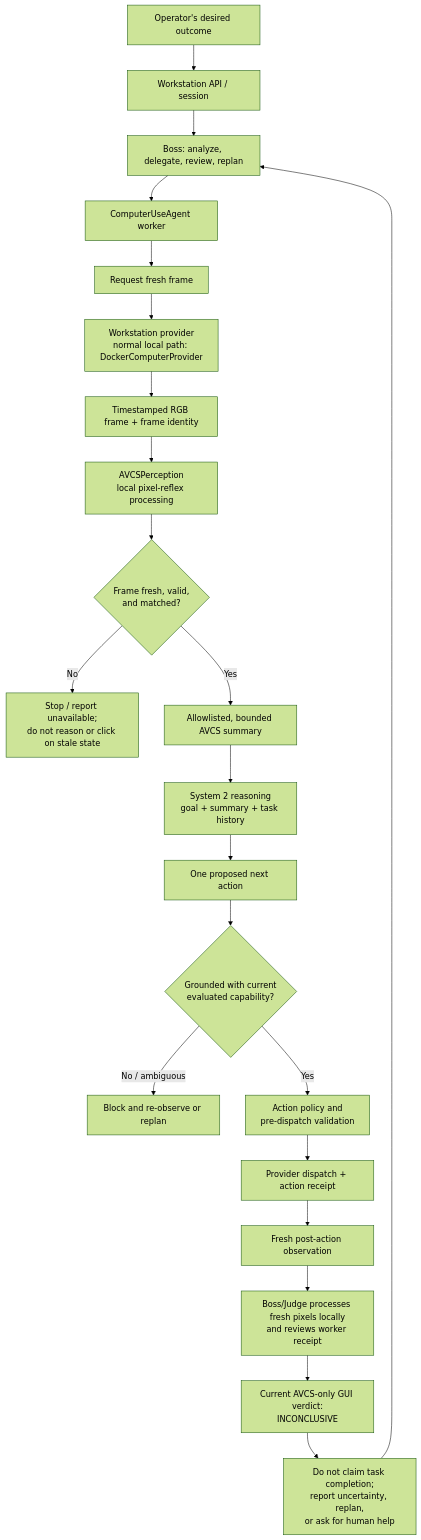
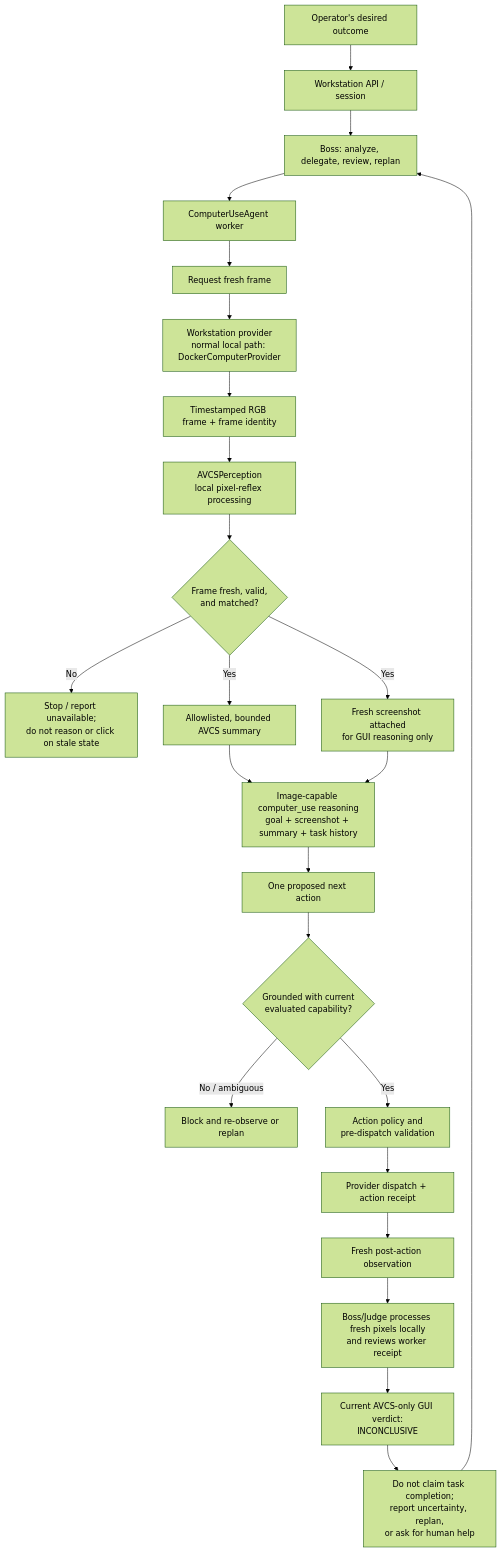
Before and after one commit to nandkishorrathodk-art/sonic: the diagram in docs/SONIC_AVCS_SYSTEM_FLOW.md, drawn with Mermaid (forest theme). The commit also changed other lines of this file and 39 other files, not shown here.

Commit message:
fix(gui): unblock screenshot-grounded worker actions

````diff
--- a/docs/SONIC_AVCS_SYSTEM_FLOW.md
+++ b/docs/SONIC_AVCS_SYSTEM_FLOW.md
@@ -65,24 +66,26 @@
 ```mermaid
 flowchart TD
     U["Operator's desired outcome"] --> API["Workstation API / session"]
     API --> B["Boss: analyze, delegate, review, replan"]
     B --> W["ComputerUseAgent worker"]
     W --> F["Request fresh frame"]
     F --> P["Workstation provider<br/>normal local path: DockerComputerProvider"]
     P --> RGB["Timestamped RGB frame + frame identity"]
     RGB --> AVCS["AVCSPerception<br/>local pixel-reflex processing"]
     AVCS --> V{"Frame fresh, valid,<br/>and matched?"}
     V -- "No" --> STOP["Stop / report unavailable;<br/>do not reason or click on stale state"]
     V -- "Yes" --> S["Allowlisted, bounded AVCS summary"]
-    S --> LLM["System 2 reasoning<br/>goal + summary + task history"]
+    V -- "Yes" --> IMG["Fresh screenshot attached<br/>for GUI reasoning only"]
+    S --> LLM["Image-capable computer_use reasoning<br/>goal + screenshot + summary + task history"]
+    IMG --> LLM
     LLM --> INTENT["One proposed next action"]
     INTENT --> G{"Grounded with current<br/>evaluated capability?"}
     G -- "No / ambiguous" --> STOP2["Block and re-observe or replan"]
     G -- "Yes" --> POLICY["Action policy and<br/>pre-dispatch validation"]
     POLICY --> HAND["Provider dispatch + action receipt"]
     HAND --> FRESH["Fresh post-action observation"]
     FRESH --> J["Boss/Judge processes fresh pixels locally<br/>and reviews worker receipt"]
     J --> RESULT["Current AVCS-only GUI verdict:<br/>INCONCLUSIVE"]
     RESULT --> LOOP["Do not claim task completion;<br/>report uncertainty, replan,<br/>or ask for human help"]
     LOOP --> B
 ```
````
